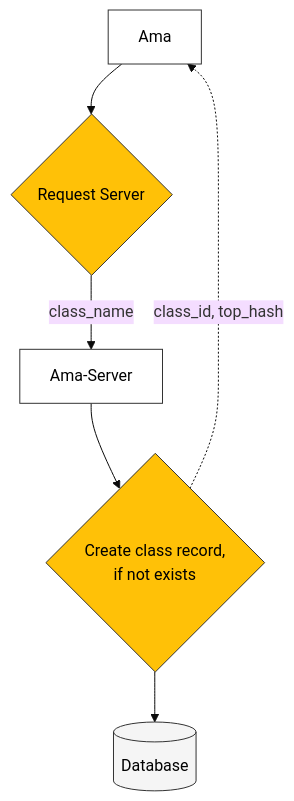
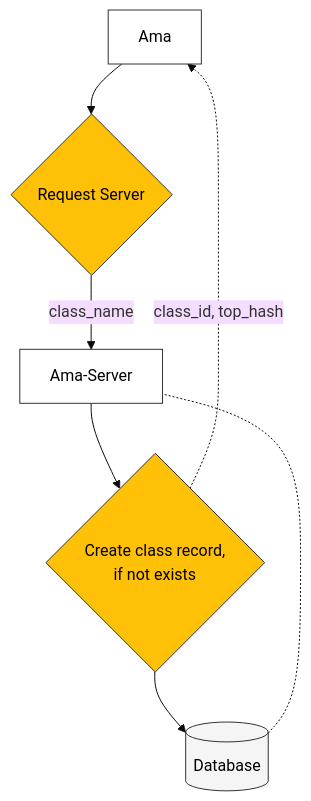
Before and after one commit to Roche-CSI/ama: the diagram in docs/implementation/asset_upload/asset_class_create.md, drawn with Mermaid (base theme). The commit also changed other lines of this file and 26 other files, not shown here.

````diff
--- a/docs/implementation/asset_upload/asset_class_create.md
+++ b/docs/implementation/asset_upload/asset_class_create.md
@@ -14,20 +13,21 @@
 ```mermaid
 flowchart TD
     AssetClient["Ama"] --> RequestServer
     RequestServer{"Request Server"} -->|class_name| AssetServer["Ama-Server"]
     AssetServer --> CreateClass{"Create class record,
     if not exists"}
     CreateClass --> DB[("Database")]
     CreateClass -. class_id, top_hash .-> AssetClient
-    %% AssetServer -.-> DB
+    DB -.- AssetServer
+
     %% Styling
     classDef client fill:white,stroke:#333,stroke-width:1px,color:black
     classDef server fill:white,stroke:#333,stroke-width:1px,color:black
     classDef decision fill:#FFC107,stroke:#333,stroke-width:1px,color:black,shape:diamond
     classDef database fill:#f5f5f5,stroke:#333,stroke-width:1px,color:black
     
     class AssetClient client
     class AssetServer server
     class RequestServer,CreateClass decision
     class DB database
 ```
````
